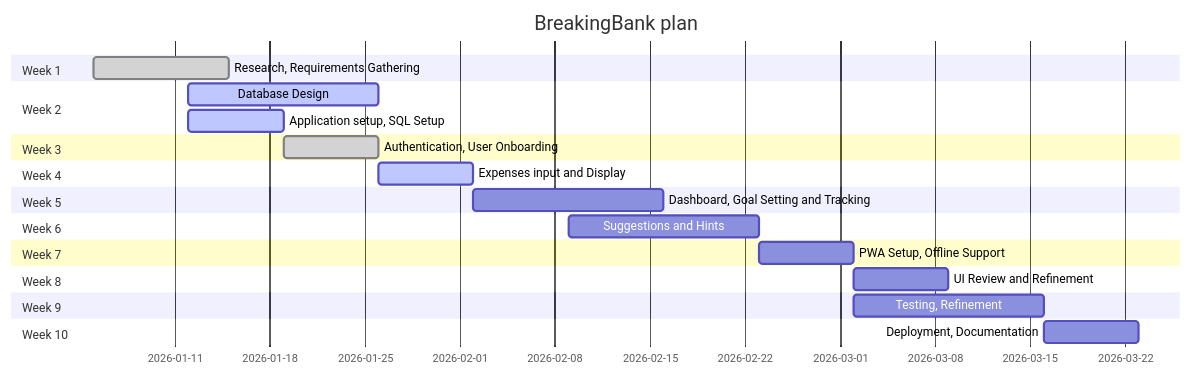
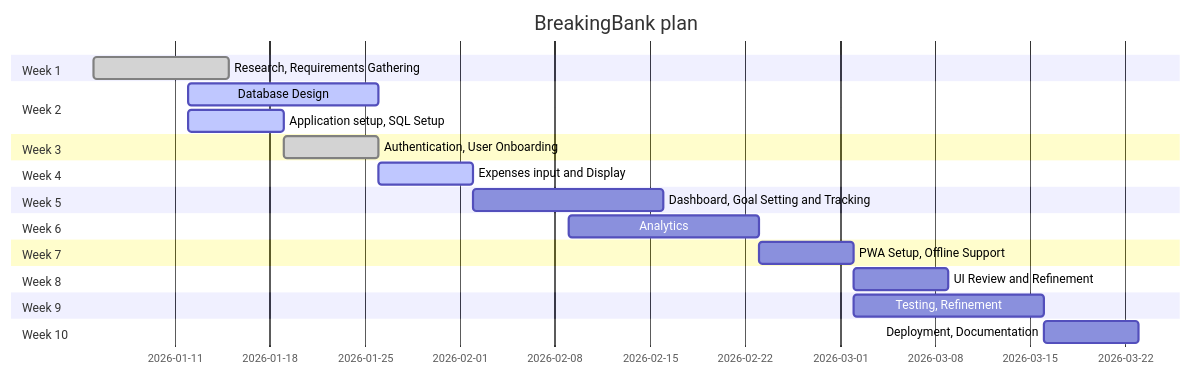
One commit to AlexandriaParkCS/2026-y12-SE-PhilipYaroshchyk-pwa-obsidian-portfolio changed the diagram in 02. My Portfolio/2. Project Proposal/PP-06 Timeline.md. Above: the diagram before and after it, drawn with Mermaid. The commit also changed 6 other files, not shown here.

Commit message:
data flow diagrams

````diff
--- a/02. My Portfolio/2. Project Proposal/PP-06 Timeline.md
+++ b/02. My Portfolio/2. Project Proposal/PP-06 Timeline.md
@@ -3,26 +3,26 @@
 ```mermaid
 gantt
     title BreakingBank plan
     dateFormat  YYYY-MM-DD
     section Week 1
     Research, Requirements Gathering :done, 2026-01-05, 10d
     section Week 2
     Database Design :active, 2026-01-12, 14d
     Application setup, SQL Setup :active, 2026-01-12, 7d
     section Week 3
     Authentication, User Onboarding :done, 2026-01-19, 7d
     section Week 4
     Expenses input and Display :active, 2026-01-26, 7d
     section Week 5
     Dashboard, Goal Setting and Tracking : 2026-02-02, 14d
     section Week 6
-    Suggestions and Hints : 2026-02-09, 14d
+    Analytics : 2026-02-09, 14d
     section Week 7
     PWA Setup, Offline Support : 2026-02-23, 7d
     section Week 8
     UI Review and Refinement : 2026-03-02, 7d
     section Week 9
     Testing, Refinement : 2026-03-02, 14d
     section Week 10
     Deployment, Documentation : 2026-03-16, 7d
 ```
````
